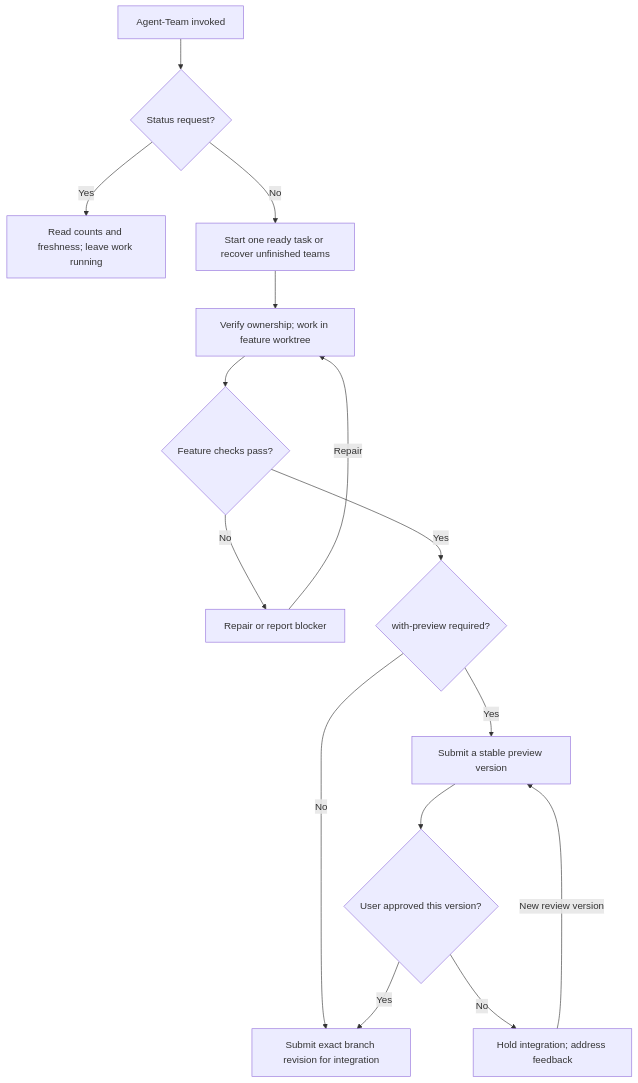
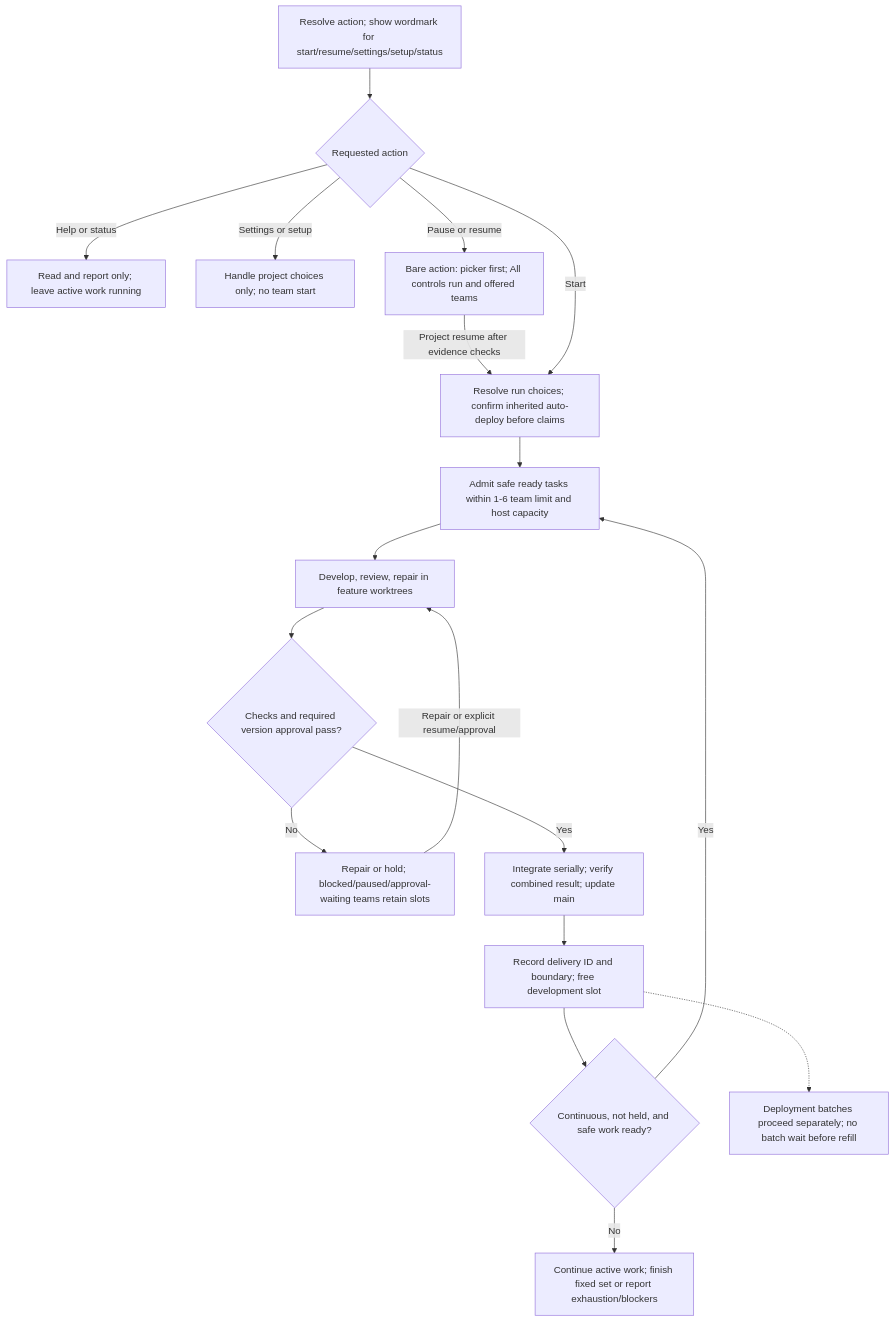
The diagram in assets/diagrams/setup-development.mmd (thebpandey/agent-team), drawn with Mermaid before and after one commit. The commit also changed 32 other files, not shown here.

Commit message:
feat: add continuous team runs and task-based deployment batches

```diff
--- a/assets/diagrams/setup-development.mmd
+++ b/assets/diagrams/setup-development.mmd
@@ -1,15 +1,18 @@
 flowchart TD
-    A["Agent-Team invoked"] --> B{"Status request?"}
-    B -->|Yes| C["Read counts and freshness; leave work running"]
-    B -->|No| D["Start one ready task or recover unfinished teams"]
-    D --> E["Verify ownership; work in feature worktree"]
-    E --> F{"Feature checks pass?"}
-    F -->|No| G["Repair or report blocker"]
-    G -->|Repair| E
-    F -->|Yes| H{"with-preview required?"}
-    H -->|No| L["Submit exact branch revision for integration"]
-    H -->|Yes| I["Submit a stable preview version"]
-    I --> J{"User approved this version?"}
-    J -->|No| K["Hold integration; address feedback"]
-    K -->|New review version| I
-    J -->|Yes| L
+    A["Resolve action; show wordmark for start/resume/settings/setup/status"] --> B{"Requested action"}
+    B -->|Help or status| C["Read and report only; leave active work running"]
+    B -->|Settings or setup| D["Handle project choices only; no team start"]
+    B -->|Pause or resume| E["Bare action: picker first; All controls run and offered teams"]
+    E -->|Project resume after evidence checks| F
+    B -->|Start| F["Resolve run choices; confirm inherited auto-deploy before claims"]
+    F --> G["Admit safe ready tasks within 1-6 team limit and host capacity"]
+    G --> H["Develop, review, repair in feature worktrees"]
+    H --> I{"Checks and required version approval pass?"}
+    I -->|No| J["Repair or hold; blocked/paused/approval-waiting teams retain slots"]
+    J -->|Repair or explicit resume/approval| H
+    I -->|Yes| K["Integrate serially; verify combined result; update main"]
+    K --> L["Record delivery ID and boundary; free development slot"]
+    L --> M{"Continuous, not held, and safe work ready?"}
+    M -->|Yes| G
+    M -->|No| N["Continue active work; finish fixed set or report exhaustion/blockers"]
+    L -.-> O["Deployment batches proceed separately; no batch wait before refill"]
```
